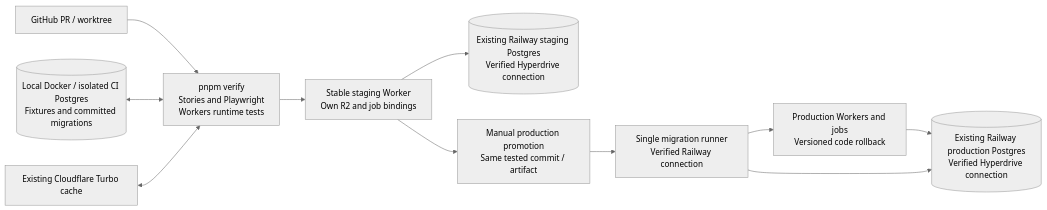
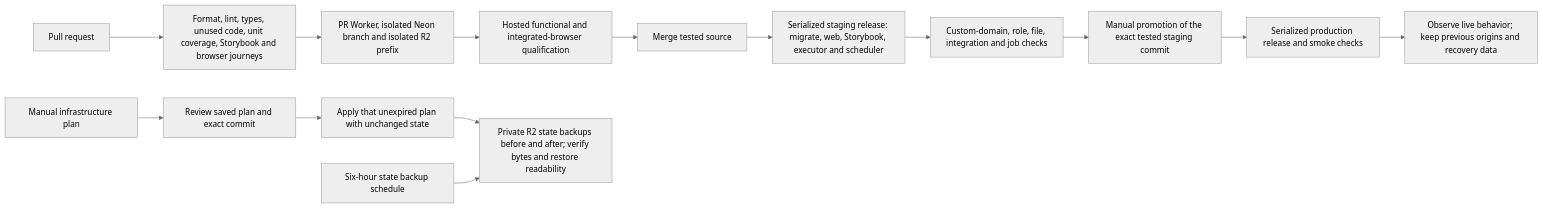
One commit to Fencing-Club/ecommerce changed the third of 3 diagrams in apps/copacker/docs/specs/platform-migration/architecture.md. Above: the diagram before and after it, drawn with Mermaid (neutral theme). The commit also changed other lines of this file and 15 other files, not shown here.

Commit message:
Fix hosted transaction and refresh failures before Cloudflare cutover

````diff
--- a/apps/copacker/docs/specs/platform-migration/architecture.md
+++ b/apps/copacker/docs/specs/platform-migration/architecture.md
@@ -215,14 +164,16 @@
 ```mermaid
 flowchart LR
-  git["GitHub PR / worktree"] --> checks["pnpm verify<br/>Stories and Playwright<br/>Workers runtime tests"]
-  local[("Local Docker / isolated CI Postgres<br/>Fixtures and committed migrations")]
-  local <--> checks
-  checks --> staging["Stable staging Worker<br/>Own R2 and job bindings"]
-  staging --> stageDb[("Existing Railway staging Postgres<br/>Verified Hyperdrive connection")]
-  staging --> promote["Manual production promotion<br/>Same tested commit / artifact"]
-  promote --> migrate["Single migration runner<br/>Verified Railway connection"]
-  migrate --> prod["Production Workers and jobs<br/>Versioned code rollback"]
-  prod --> prodDb[("Existing Railway production Postgres<br/>Verified Hyperdrive connection")]
-  migrate --> prodDb
-  turbo["Existing Cloudflare Turbo cache"] <--> checks
+  change["Pull request"] --> checks["Format, lint, types, unused code, unit coverage, Storybook and browser journeys"]
+  checks --> preview["PR Worker, isolated Neon branch and isolated R2 prefix"]
+  preview --> qualify["Hosted functional and integrated-browser qualification"]
+  qualify --> merge["Merge tested source"]
+  merge --> staging["Serialized staging release: migrate, web, Storybook, executor and scheduler"]
+  staging --> acceptance["Custom-domain, role, file, integration and job checks"]
+  acceptance --> promote["Manual promotion of the exact tested staging commit"]
+  promote --> production["Serialized production release and smoke checks"]
+  production --> observe["Observe live behavior; keep previous origins and recovery data"]
+  infra["Manual infrastructure plan"] --> review["Review saved plan and exact commit"]
+  review --> apply["Apply that unexpired plan with unchanged state"]
+  apply --> backup["Private R2 state backups before and after; verify bytes and restore readability"]
+  scheduled["Six-hour state backup schedule"] --> backup
 ```
````
